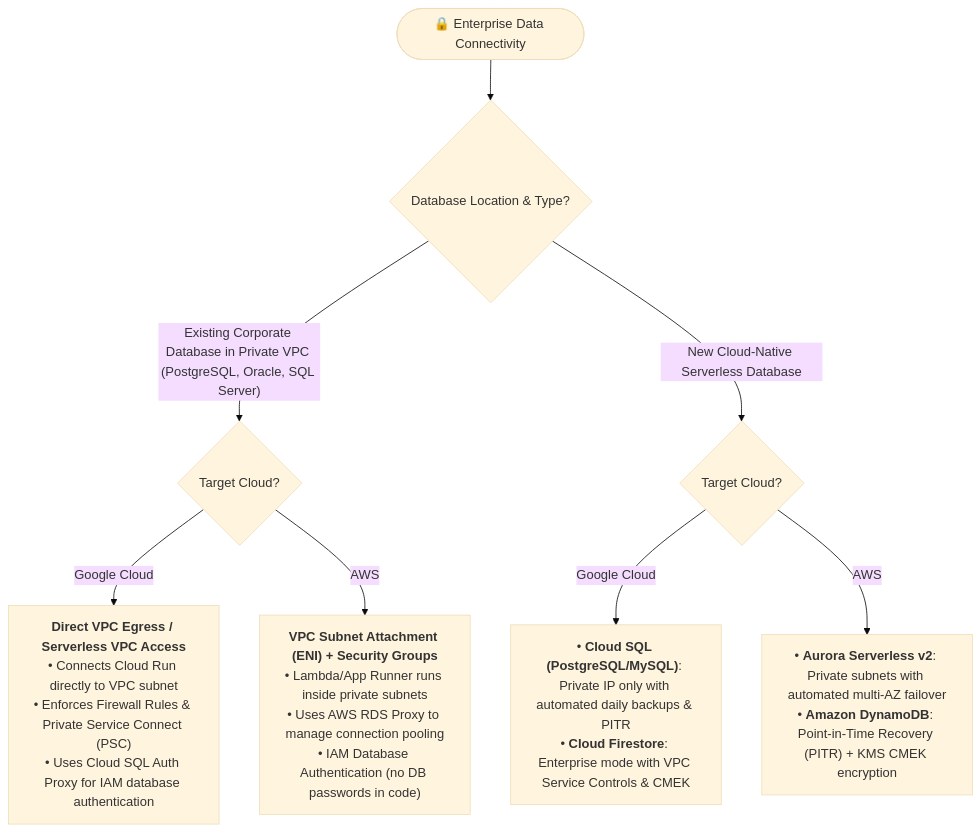
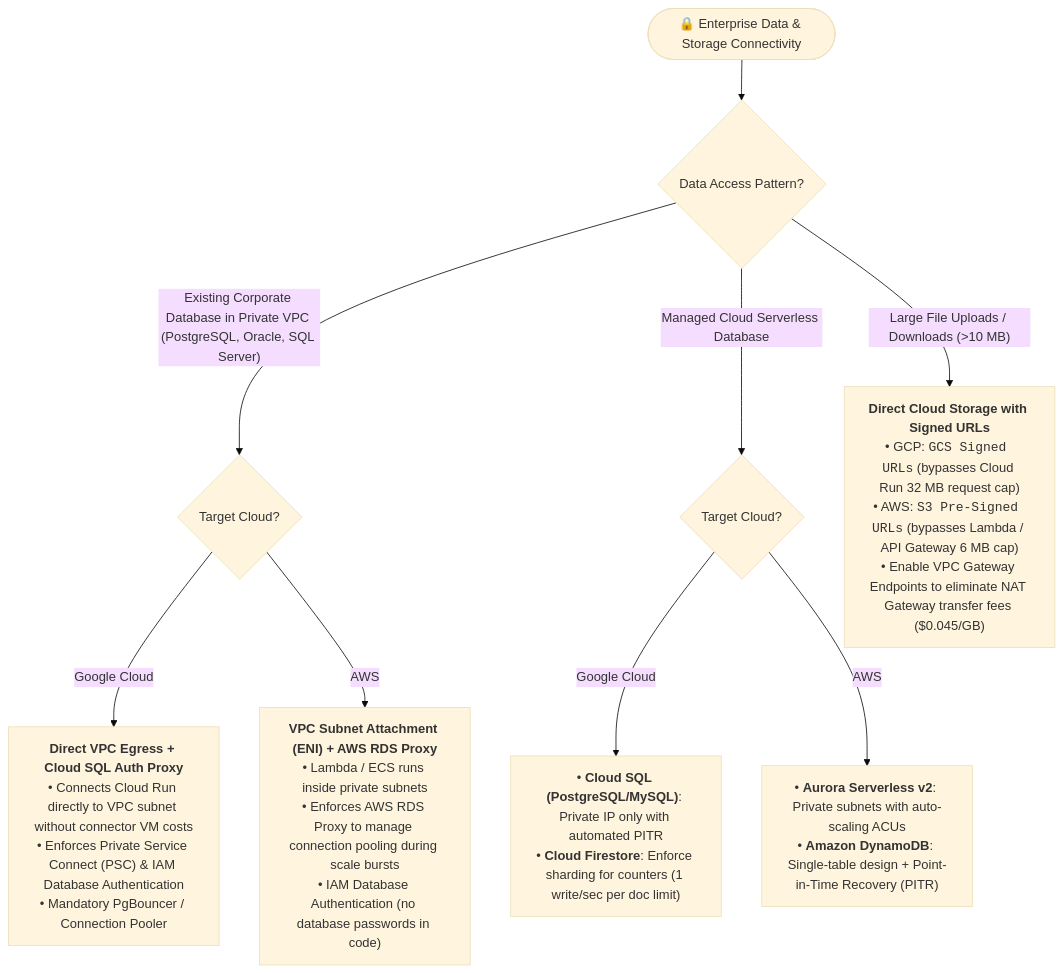
One commit to xirago/serverless-architect changed the second of 2 diagrams in resources/decision_tree.md. Above: the diagram before and after it, drawn with Mermaid (base theme). The commit also changed other lines of this file and 4 other files, not shown here.

Commit message:
feat: refine serverless-architect for enterprise advisory role and add evals suite

````diff
--- a/resources/decision_tree.md
+++ b/resources/decision_tree.md
@@ -34,14 +36,17 @@
 ```mermaid
 flowchart TD
-    DB_Start(["🔒 Enterprise Data Connectivity"]) --> DB_Target{"Database Location & Type?"}
+    DB_Start(["🔒 Enterprise Data & Storage Connectivity"]) --> DB_Target{"Data Access Pattern?"}
 
     %% Private Internal Database
     DB_Target -->|"Existing Corporate Database in Private VPC (PostgreSQL, Oracle, SQL Server)"| DB_VPC_Cloud{"Target Cloud?"}
-    DB_VPC_Cloud -->|"Google Cloud"| Res_GCP_VPC["<b>Direct VPC Egress / Serverless VPC Access</b><br/>• Connects Cloud Run directly to VPC subnet<br/>• Enforces Firewall Rules & Private Service Connect (PSC)<br/>• Uses Cloud SQL Auth Proxy for IAM database authentication"]
-    DB_VPC_Cloud -->|"AWS"| Res_AWS_VPC["<b>VPC Subnet Attachment (ENI) + Security Groups</b><br/>• Lambda/App Runner runs inside private subnets<br/>• Uses AWS RDS Proxy to manage connection pooling<br/>• IAM Database Authentication (no DB passwords in code)"]
+    DB_VPC_Cloud -->|"Google Cloud"| Res_GCP_VPC["<b>Direct VPC Egress + Cloud SQL Auth Proxy</b><br/>• Connects Cloud Run directly to VPC subnet without connector VM costs<br/>• Enforces Private Service Connect (PSC) & IAM Database Authentication<br/>• Mandatory PgBouncer / Connection Pooler"]
+    DB_VPC_Cloud -->|"AWS"| Res_AWS_VPC["<b>VPC Subnet Attachment (ENI) + AWS RDS Proxy</b><br/>• Lambda / ECS runs inside private subnets<br/>• Enforces AWS RDS Proxy to manage connection pooling during scale bursts<br/>• IAM Database Authentication (no database passwords in code)"]
 
     %% Cloud-Native Managed Serverless DB
-    DB_Target -->|"New Cloud-Native Serverless Database"| DB_Native_Cloud{"Target Cloud?"}
-    DB_Native_Cloud -->|"Google Cloud"| Res_GCP_DB["• <b>Cloud SQL (PostgreSQL/MySQL)</b>: Private IP only with automated daily backups & PITR<br/>• <b>Cloud Firestore</b>: Enterprise mode with VPC Service Controls & CMEK"]
-    DB_Native_Cloud -->|"AWS"| Res_AWS_DB["• <b>Aurora Serverless v2</b>: Private subnets with automated multi-AZ failover<br/>• <b>Amazon DynamoDB</b>: Point-in-Time Recovery (PITR) + KMS CMEK encryption"]
+    DB_Target -->|"Managed Cloud Serverless Database"| DB_Native_Cloud{"Target Cloud?"}
+    DB_Native_Cloud -->|"Google Cloud"| Res_GCP_DB["• <b>Cloud SQL (PostgreSQL/MySQL)</b>: Private IP only with automated PITR<br/>• <b>Cloud Firestore</b>: Enforce sharding for counters (1 write/sec per doc limit)"]
+    DB_Native_Cloud -->|"AWS"| Res_AWS_DB["• <b>Aurora Serverless v2</b>: Private subnets with auto-scaling ACUs<br/>• <b>Amazon DynamoDB</b>: Single-table design + Point-in-Time Recovery (PITR)"]
+
+    %% Large Payload Direct Storage
+    DB_Target -->|"Large File Uploads / Downloads (>10 MB)"| Res_Direct_Storage["<b>Direct Cloud Storage with Signed URLs</b><br/>• GCP: <code>GCS Signed URLs</code> (bypasses Cloud Run 32 MB request cap)<br/>• AWS: <code>S3 Pre-Signed URLs</code> (bypasses Lambda / API Gateway 6 MB cap)<br/>• Enable VPC Gateway Endpoints to eliminate NAT Gateway transfer fees ($0.045/GB)"]
 ```
````
